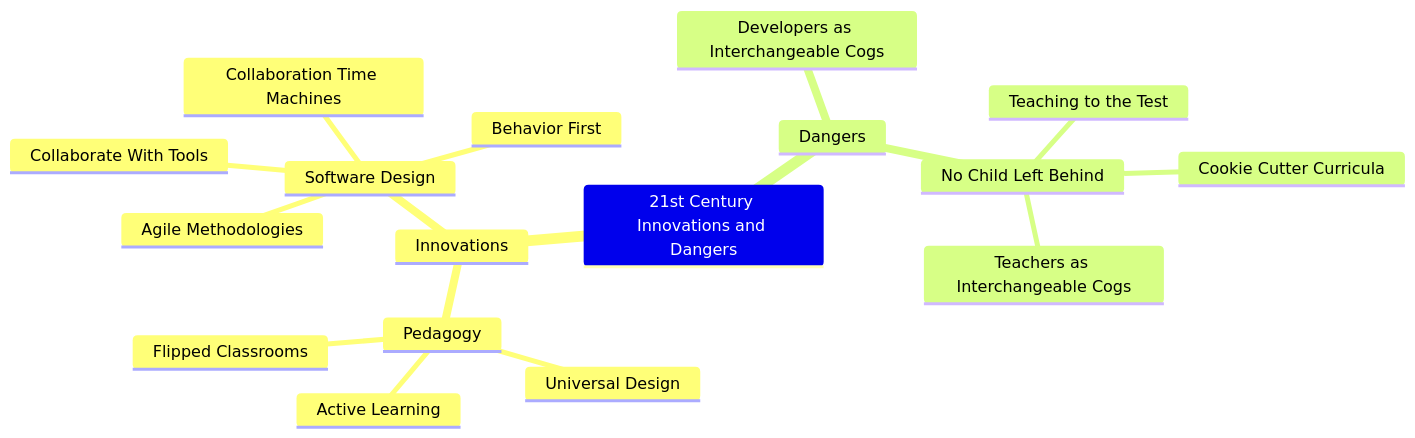
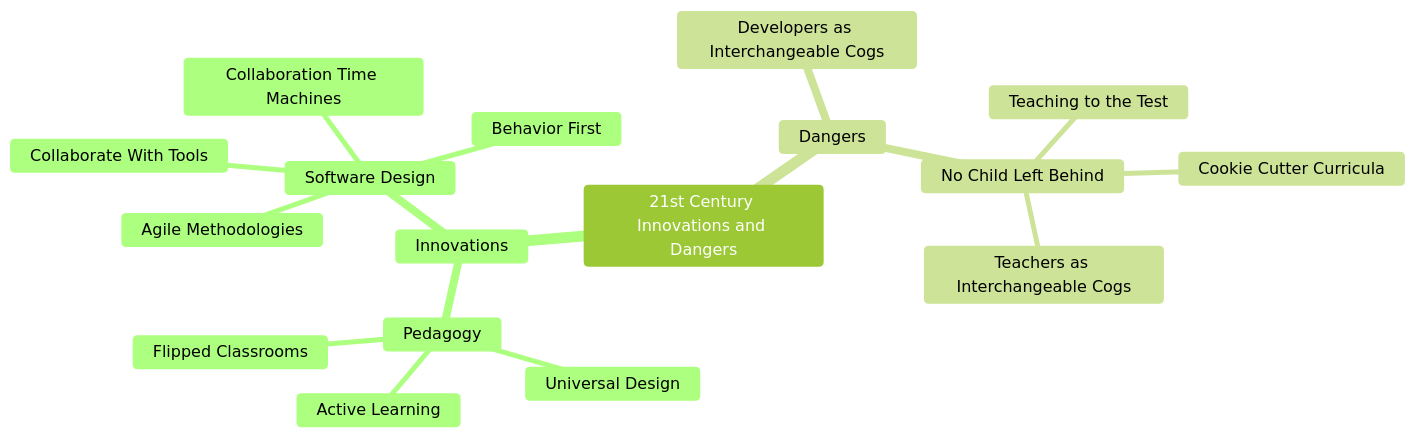
One commit to marshallflax/vision changed the first of 3 diagrams in README.md. Above: the diagram before and after it, drawn with Mermaid. The commit also changed other lines of this file, not shown here.

Commit message:
Forest theme

````diff
--- a/README.md
+++ b/README.md
@@ -5,20 +5,22 @@
 ```mermaid
+%%{init: {'theme':'forest'}}%%
+
 mindmap
  21st Century Innovations and Dangers
   Innovations
    Pedagogy
     Active Learning
     Flipped Classrooms
     Universal Design
    Software Design
     Agile Methodologies
     Collaboration Time Machines
     Behavior First
     Collaborate With Tools
   Dangers
    No Child Left Behind
     Teaching to the Test
     Cookie Cutter Curricula 
     Teachers as Interchangeable Cogs
    Developers as Interchangeable Cogs
 ```
````
